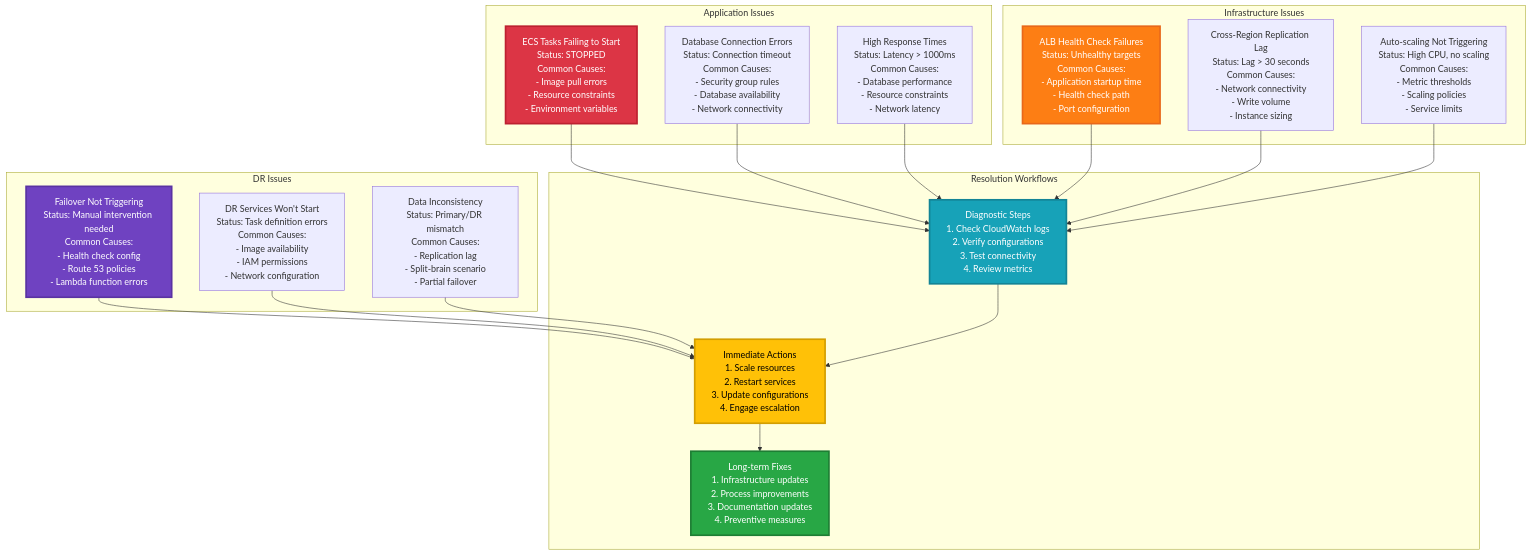
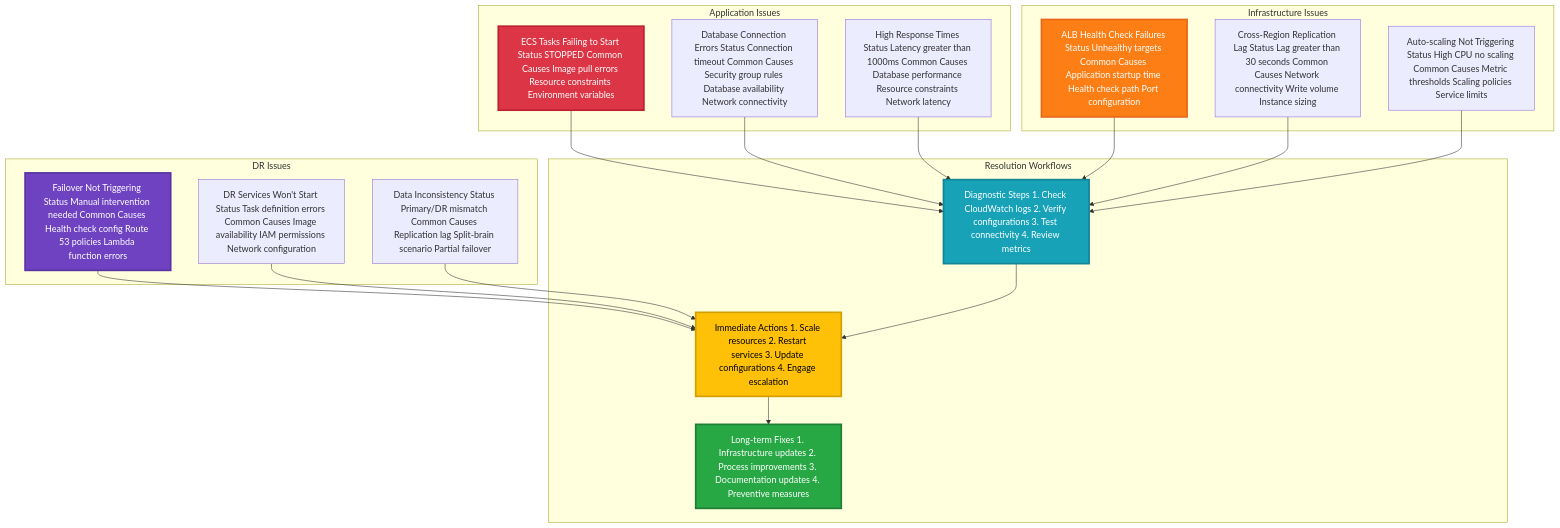
Before and after one commit to mangucletus/disaster-recovery-for-containerized-lamp-stack-application: diagram 18 of 20 in README.md, drawn with Mermaid. The commit also changed other lines of this file, not shown here.

````diff
--- a/README.md
+++ b/README.md
@@ -1335,54 +1337,54 @@
 ```mermaid
 graph TD
     subgraph "Application Issues"
-        A1[ECS Tasks Failing to Start<br/>Status: STOPPED<br/>Common Causes:<br/>- Image pull errors<br/>- Resource constraints<br/>- Environment variables]
+        A1[ECS Tasks Failing to Start Status STOPPED Common Causes Image pull errors Resource constraints Environment variables]
         
-        A2[Database Connection Errors<br/>Status: Connection timeout<br/>Common Causes:<br/>- Security group rules<br/>- Database availability<br/>- Network connectivity]
+        A2[Database Connection Errors Status Connection timeout Common Causes Security group rules Database availability Network connectivity]
         
-        A3[High Response Times<br/>Status: Latency > 1000ms<br/>Common Causes:<br/>- Database performance<br/>- Resource constraints<br/>- Network latency]
+        A3[High Response Times Status Latency greater than 1000ms Common Causes Database performance Resource constraints Network latency]
     end
     
     subgraph "Infrastructure Issues"
-        I1[ALB Health Check Failures<br/>Status: Unhealthy targets<br/>Common Causes:<br/>- Application startup time<br/>- Health check path<br/>- Port configuration]
+        I1[ALB Health Check Failures Status Unhealthy targets Common Causes Application startup time Health check path Port configuration]
         
-        I2[Cross-Region Replication Lag<br/>Status: Lag > 30 seconds<br/>Common Causes:<br/>- Network connectivity<br/>- Write volume<br/>- Instance sizing]
+        I2[Cross-Region Replication Lag Status Lag greater than 30 seconds Common Causes Network connectivity Write volume Instance sizing]
         
-        I3[Auto-scaling Not Triggering<br/>Status: High CPU, no scaling<br/>Common Causes:<br/>- Metric thresholds<br/>- Scaling policies<br/>- Service limits]
+        I3[Auto-scaling Not Triggering Status High CPU no scaling Common Causes Metric thresholds Scaling policies Service limits]
     end
     
     subgraph "DR Issues"
-        D1[Failover Not Triggering<br/>Status: Manual intervention needed<br/>Common Causes:<br/>- Health check config<br/>- Route 53 policies<br/>- Lambda function errors]
+        D1[Failover Not Triggering Status Manual intervention needed Common Causes Health check config Route 53 policies Lambda function errors]
         
-        D2[DR Services Won't Start<br/>Status: Task definition errors<br/>Common Causes:<br/>- Image availability<br/>- IAM permissions<br/>- Network configuration]
+        D2[DR Services Won't Start Status Task definition errors Common Causes Image availability IAM permissions Network configuration]
         
-        D3[Data Inconsistency<br/>Status: Primary/DR mismatch<br/>Common Causes:<br/>- Replication lag<br/>- Split-brain scenario<br/>- Partial failover]
+        D3[Data Inconsistency Status Primary/DR mismatch Common Causes Replication lag Split-brain scenario Partial failover]
     end
     
     subgraph "Resolution Workflows"
-        R1[Diagnostic Steps<br/>1. Check CloudWatch logs<br/>2. Verify configurations<br/>3. Test connectivity<br/>4. Review metrics]
+        R1[Diagnostic Steps 1. Check CloudWatch logs 2. Verify configurations 3. Test connectivity 4. Review metrics]
         
-        R2[Immediate Actions<br/>1. Scale resources<br/>2. Restart services<br/>3. Update configurations<br/>4. Engage escalation]
+        R2[Immediate Actions 1. Scale resources 2. Restart services 3. Update configurations 4. Engage escalation]
         
-        R3[Long-term Fixes<br/>1. Infrastructure updates<br/>2. Process improvements<br/>3. Documentation updates<br/>4. Preventive measures]
+        R3[Long-term Fixes 1. Infrastructure updates 2. Process improvements 3. Documentation updates 4. Preventive measures]
     end
     
     A1 --> R1
     A2 --> R1
     A3 --> R1
     I1 --> R1
     I2 --> R1
     I3 --> R1
     D1 --> R2
     D2 --> R2
     D3 --> R2
     
     R1 --> R2
     R2 --> R3
     
     style A1 fill:#dc3545,color:#ffffff,stroke:#bd2130,stroke-width:3px
     style I1 fill:#fd7e14,color:#ffffff,stroke:#e8681a,stroke-width:3px
     style D1 fill:#6f42c1,color:#ffffff,stroke:#5a32a3,stroke-width:3px
     style R1 fill:#17a2b8,color:#ffffff,stroke:#138496,stroke-width:3px
     style R2 fill:#ffc107,color:#000000,stroke:#d39e00,stroke-width:3px
     style R3 fill:#28a745,color:#ffffff,stroke:#1e7e34,stroke-width:3px
 ```
````
